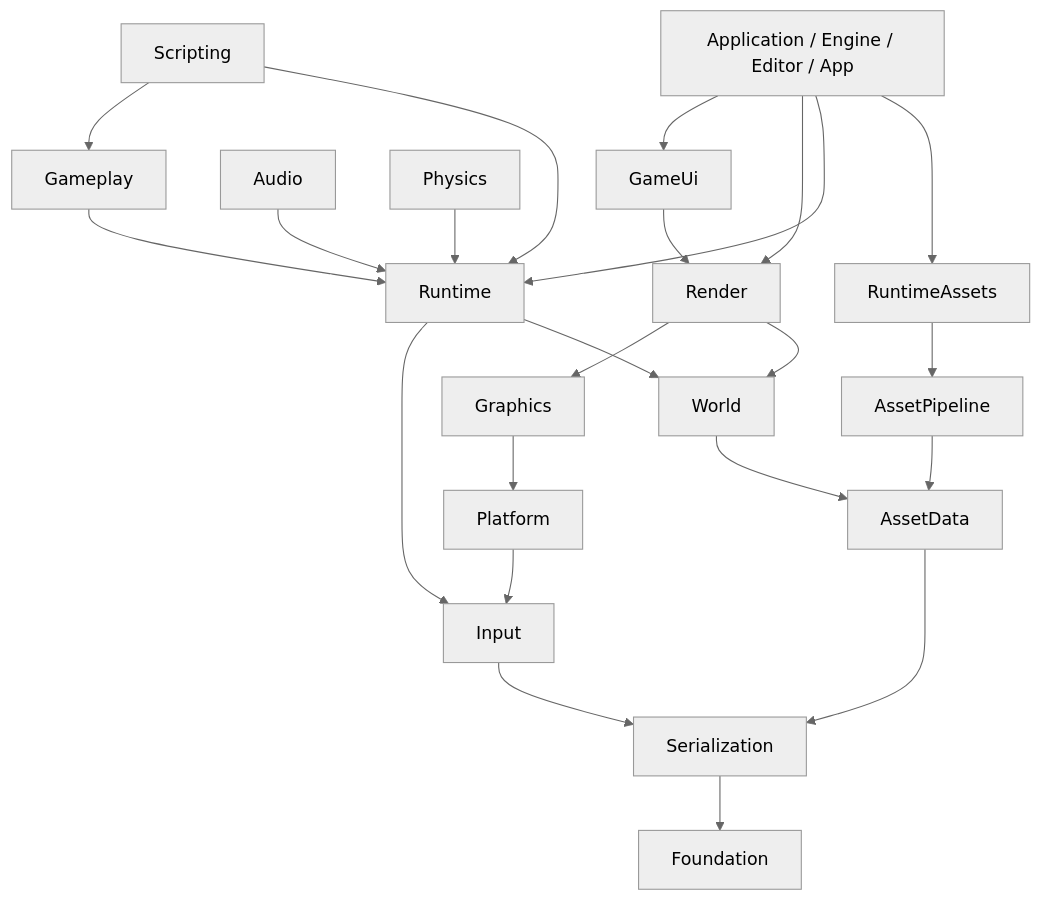
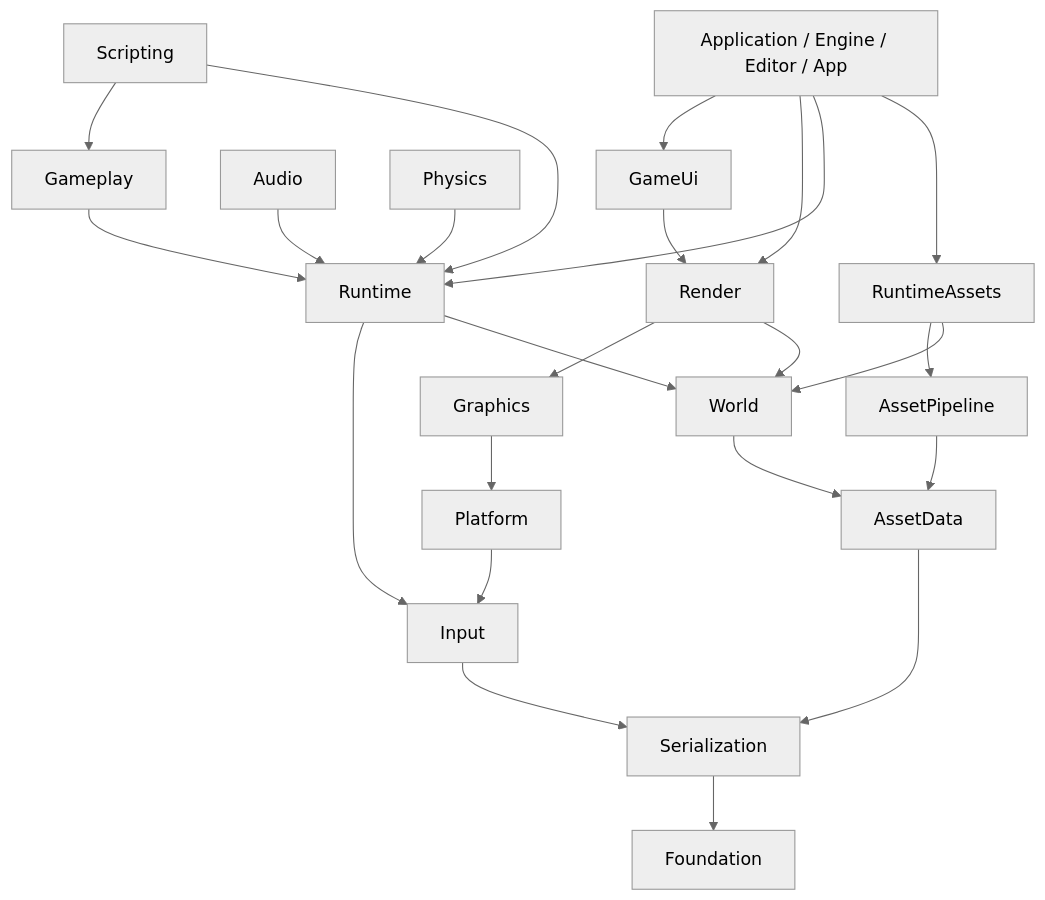
Before and after one commit to Ralts72/Comet: the first of 3 diagrams in docs/architecture/overview.md, drawn with Mermaid (neutral theme). The commit also changed other lines of this file and 14 other files, not shown here.

Commit message:
refactor: consolidate scene dependencies and render graph ownership

````diff
--- a/docs/architecture/overview.md
+++ b/docs/architecture/overview.md
@@ -42,25 +56,26 @@
 ```mermaid
 flowchart TD
     Host[Application / Engine / Editor / App] --> RuntimeAssets
     Host --> Runtime
     Host --> Render
     Host --> GameUi
+    RuntimeAssets --> World
     RuntimeAssets --> AssetPipeline
     AssetPipeline --> AssetData
     World --> AssetData
     Runtime --> World
     Runtime --> Input
     Audio --> Runtime
     Physics --> Runtime
     Gameplay --> Runtime
     Scripting --> Runtime
     Scripting --> Gameplay
     Render --> World
     Render --> Graphics
     GameUi --> Render
     Graphics --> Platform
     Platform --> Input
     AssetData --> Serialization
     Input --> Serialization
     Serialization --> Foundation
 ```
````
